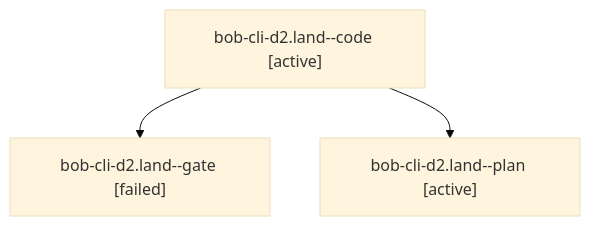
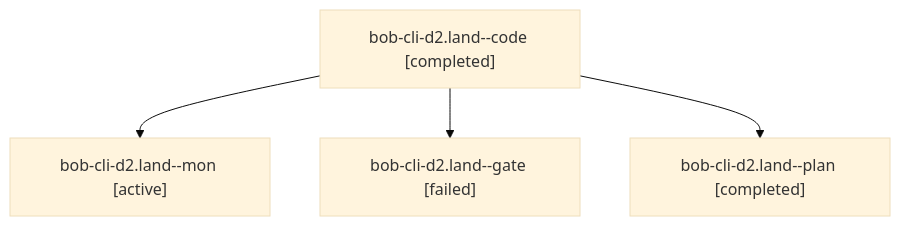
One commit to bobs-org/bob-cli--agents changed the diagram in sessions/bbugyi200.athena.bob-cli-d2.land.md. Above: the diagram before and after it, drawn with Mermaid (base theme). The commit also changed other lines of this file and 24 other files, not shown here.

````diff
--- a/sessions/bbugyi200.athena.bob-cli-d2.land.md
+++ b/sessions/bbugyi200.athena.bob-cli-d2.land.md
@@ -9,8 +9,10 @@
 ```mermaid
 flowchart TD
-  n0["bob-cli-d2.land--code [active]"]
-  n1["bob-cli-d2.land--gate [failed]"]
+  n0["bob-cli-d2.land--code [completed]"]
+  n1["bob-cli-d2.land--mon [active]"]
   n0 --> n1
-  n2["bob-cli-d2.land--plan [active]"]
+  n2["bob-cli-d2.land--gate [failed]"]
   n0 --> n2
+  n3["bob-cli-d2.land--plan [completed]"]
+  n0 --> n3
 ```
````
